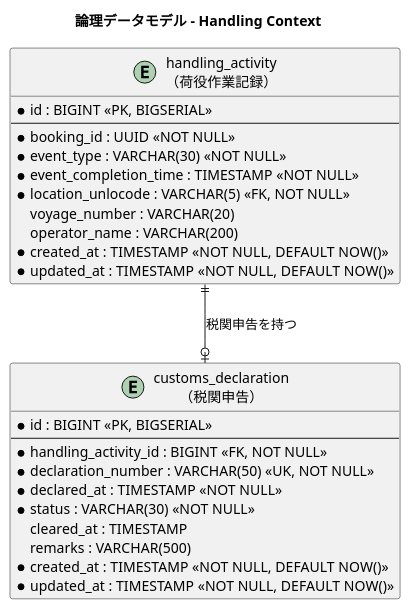
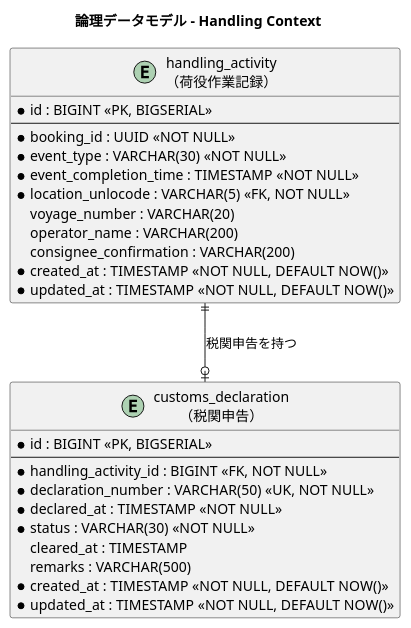
One commit to k2works/case-study-cargo-tracker changed the sixth of 9 diagrams in docs/design/data-model.md. Above: the diagram before and after it, drawn with PlantUML. The commit also changed other lines of this file and 3 other files, not shown here.

````diff
--- a/docs/design/data-model.md
+++ b/docs/design/data-model.md
@@ -488,34 +493,35 @@
 ```plantuml
 @startuml
 title 論理データモデル - Handling Context
 
 entity "handling_activity\n（荷役作業記録）" as handling_activity {
   * id : BIGINT <<PK, BIGSERIAL>>
   --
   * booking_id : UUID <<NOT NULL>>
   * event_type : VARCHAR(30) <<NOT NULL>>
   * event_completion_time : TIMESTAMP <<NOT NULL>>
   * location_unlocode : VARCHAR(5) <<FK, NOT NULL>>
   voyage_number : VARCHAR(20)
   operator_name : VARCHAR(200)
+  consignee_confirmation : VARCHAR(200)
   * created_at : TIMESTAMP <<NOT NULL, DEFAULT NOW()>>
   * updated_at : TIMESTAMP <<NOT NULL, DEFAULT NOW()>>
 }
 
 entity "customs_declaration\n（税関申告）" as customs_declaration {
   * id : BIGINT <<PK, BIGSERIAL>>
   --
   * handling_activity_id : BIGINT <<FK, NOT NULL>>
   * declaration_number : VARCHAR(50) <<UK, NOT NULL>>
   * declared_at : TIMESTAMP <<NOT NULL>>
   * status : VARCHAR(30) <<NOT NULL>>
   cleared_at : TIMESTAMP
   remarks : VARCHAR(500)
   * created_at : TIMESTAMP <<NOT NULL, DEFAULT NOW()>>
   * updated_at : TIMESTAMP <<NOT NULL, DEFAULT NOW()>>
 }
 
 handling_activity ||--o| customs_declaration : "税関申告を持つ"
 
 @enduml
 ```
````
